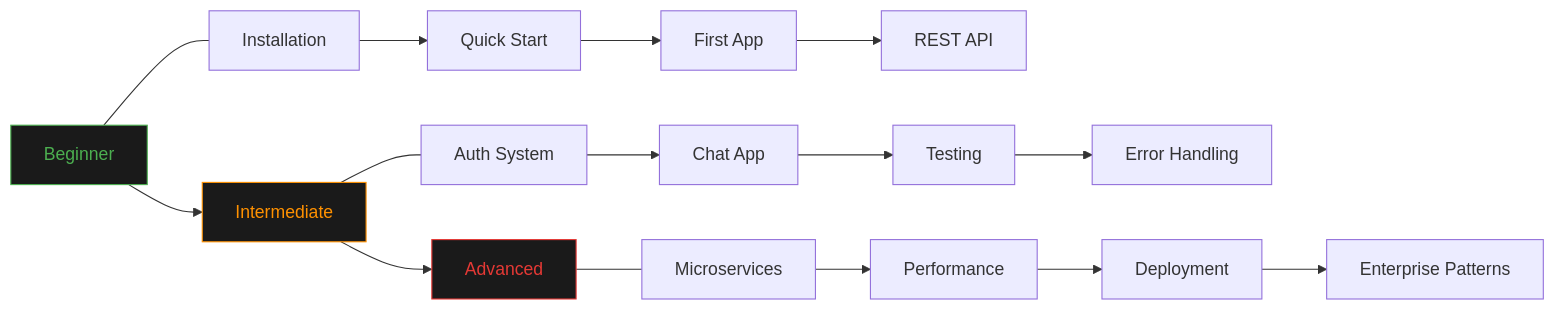
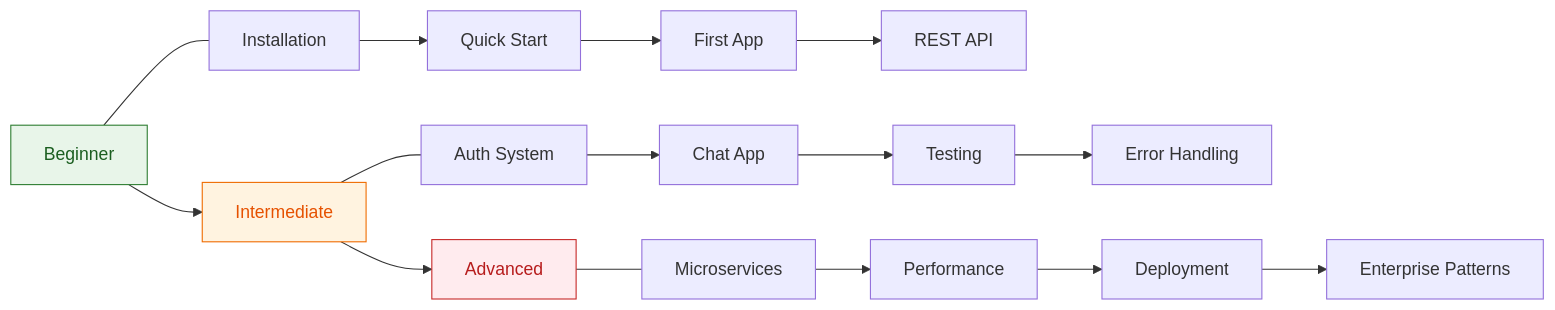
One commit to jagadeesh32/cello changed the diagram in docs/learn/index.md. Above: the diagram before and after it, drawn with Mermaid. The commit also changed 22 other files, not shown here.

````diff
--- a/docs/learn/index.md
+++ b/docs/learn/index.md
@@ -23,16 +23,16 @@
 ```mermaid
 graph LR
     B["Beginner"]:::beginner --> I["Intermediate"]:::intermediate --> A["Advanced"]:::advanced
 
     B1["Installation"] --> B2["Quick Start"] --> B3["First App"] --> B4["REST API"]
     I1["Auth System"] --> I2["Chat App"] --> I3["Testing"] --> I4["Error Handling"]
     A1["Microservices"] --> A2["Performance"] --> A3["Deployment"] --> A4["Enterprise Patterns"]
 
     B --- B1
     I --- I1
     A --- A1
 
-    classDef beginner fill:#1A1A1A,stroke:#4caf50,color:#4caf50
-    classDef intermediate fill:#1A1A1A,stroke:#FF9100,color:#FF9100
-    classDef advanced fill:#1A1A1A,stroke:#e53935,color:#e53935
+    classDef beginner fill:#E8F5E9,stroke:#2E7D32,color:#1B5E20
+    classDef intermediate fill:#FFF3E0,stroke:#EF6C00,color:#E65100
+    classDef advanced fill:#FFEBEE,stroke:#C62828,color:#B71C1C
 ```
````
